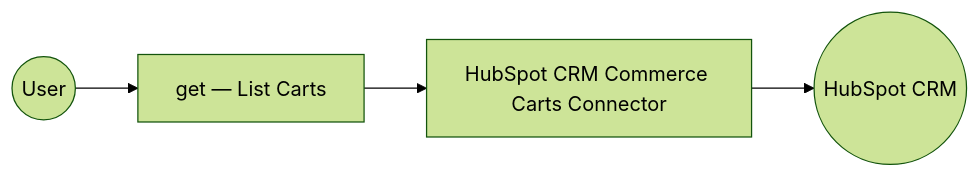
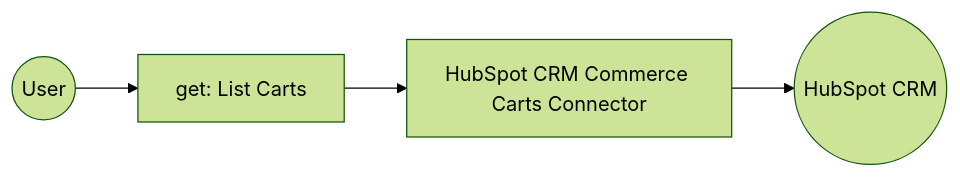
Before and after one commit to anuruddhal/docs-integrator: the diagram in docs/connectors/catalog/crm-sales/hubspot.crm.commerce.carts/example.md, drawn with Mermaid (forest theme). The commit also changed other lines of this file and 7367 other files, not shown here.

````diff
--- a/docs/connectors/catalog/crm-sales/hubspot.crm.commerce.carts/example.md
+++ b/docs/connectors/catalog/crm-sales/hubspot.crm.commerce.carts/example.md
@@ -12,6 +12,6 @@
 ```mermaid
 flowchart LR
-    A((User)) --> B[get — List Carts]
+    A((User)) --> B[get: List Carts]
     B --> C[HubSpot CRM Commerce Carts Connector]
     C --> D((HubSpot CRM))
 ```
````
